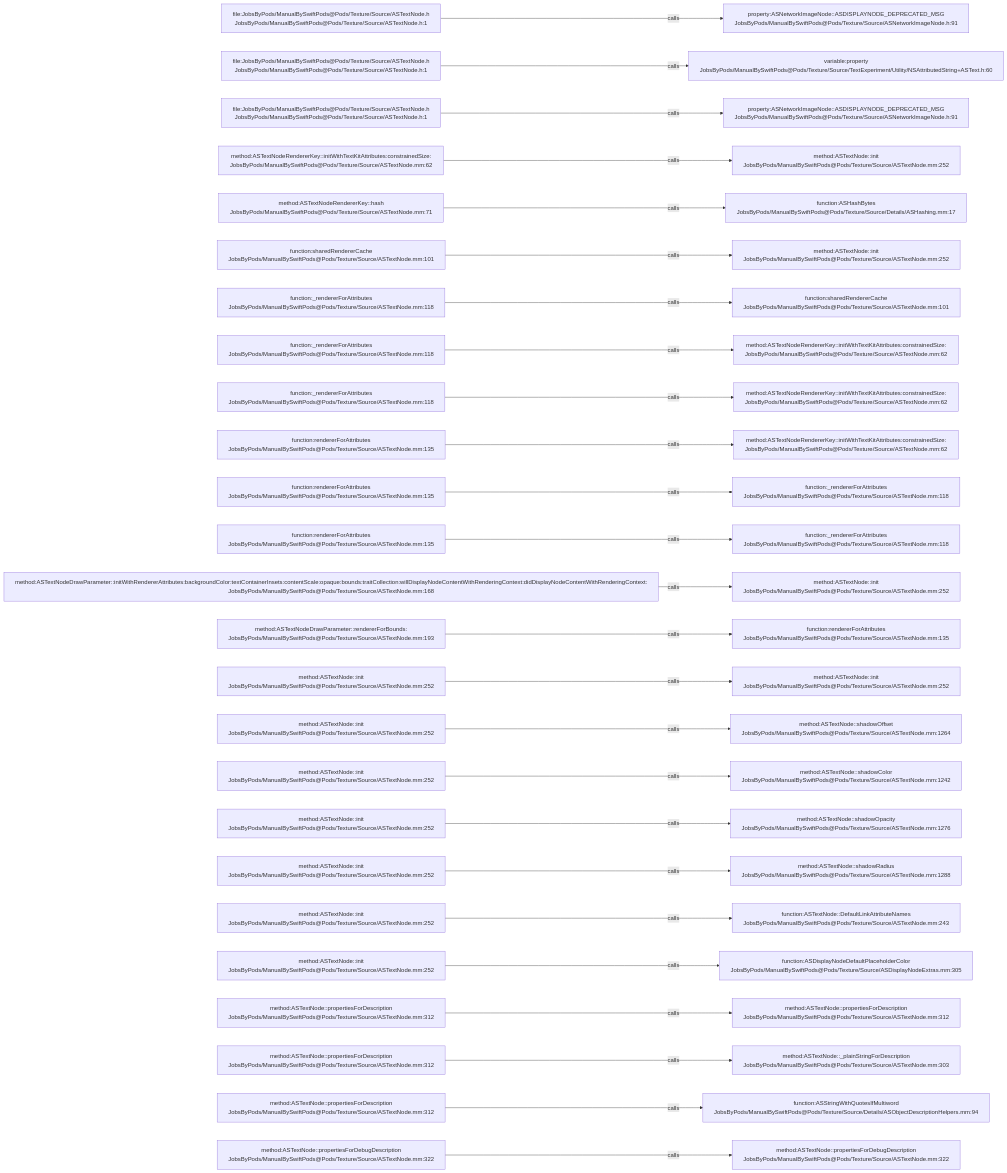
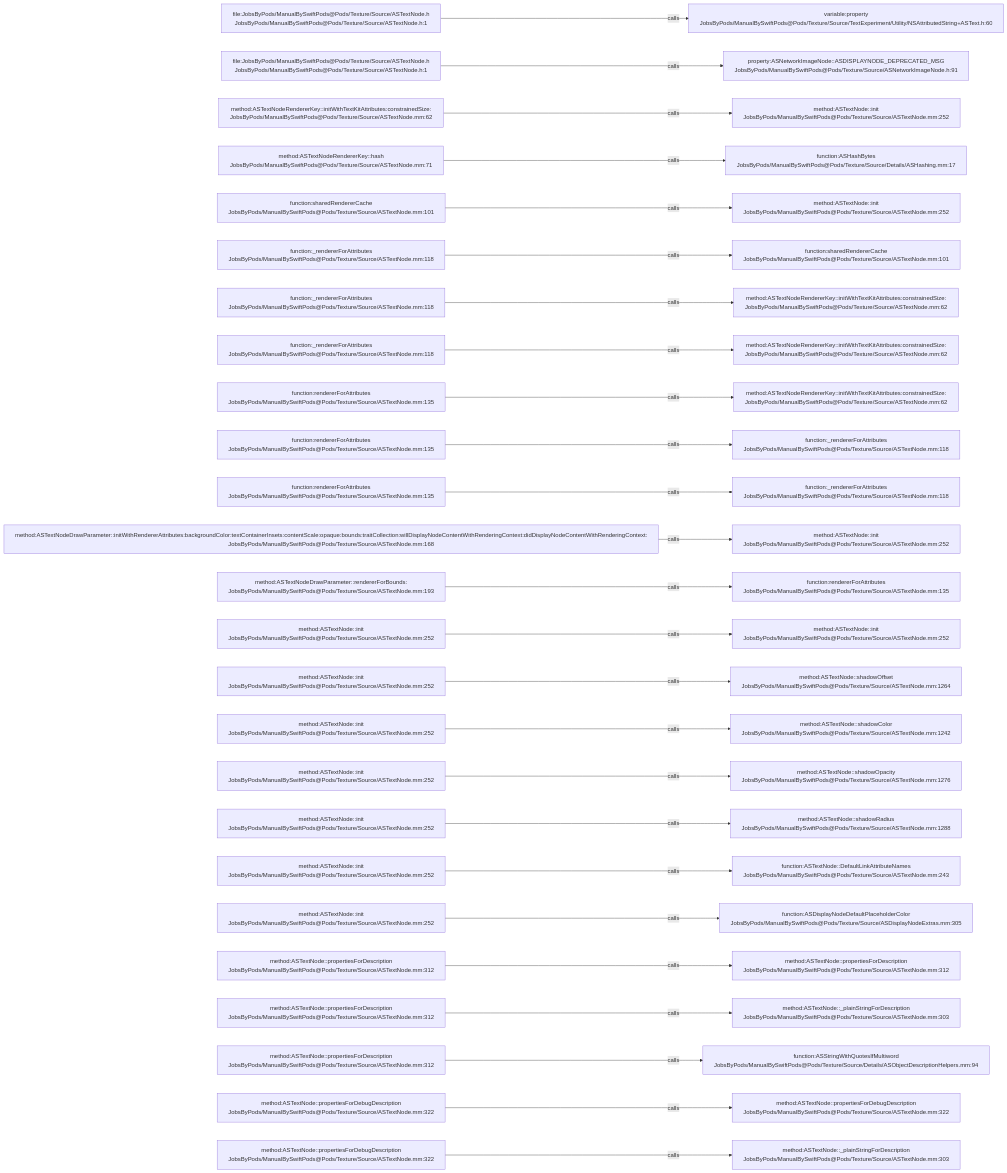
One commit to JobsKits/JobsSwiftBaseConfigDemo changed the diagram in .codegraph/codegraph.md/graphs/calls-065.md. Above: the diagram before and after it, drawn with Mermaid. The commit also changed 747 other files, not shown here.

````diff
--- a/.codegraph/codegraph.md/graphs/calls-065.md
+++ b/.codegraph/codegraph.md/graphs/calls-065.md
@@ -13,78 +13,78 @@
 ```mermaid
 flowchart LR
   S1["file:JobsByPods/ManualBySwiftPods@Pods/Texture/Source/ASTextNode.h<br/>JobsByPods/ManualBySwiftPods@Pods/Texture/Source/ASTextNode.h:1"]
-  T1["property:ASNetworkImageNode::ASDISPLAYNODE_DEPRECATED_MSG<br/>JobsByPods/ManualBySwiftPods@Pods/Texture/Source/ASNetworkImageNode.h:91"]
+  T1["variable:property<br/>JobsByPods/ManualBySwiftPods@Pods/Texture/Source/TextExperiment/Utility/NSAttributedString+ASText.h:60"]
   S1 -->|calls| T1
   S2["file:JobsByPods/ManualBySwiftPods@Pods/Texture/Source/ASTextNode.h<br/>JobsByPods/ManualBySwiftPods@Pods/Texture/Source/ASTextNode.h:1"]
-  T2["variable:property<br/>JobsByPods/ManualBySwiftPods@Pods/Texture/Source/TextExperiment/Utility/NSAttributedString+ASText.h:60"]
+  T2["property:ASNetworkImageNode::ASDISPLAYNODE_DEPRECATED_MSG<br/>JobsByPods/ManualBySwiftPods@Pods/Texture/Source/ASNetworkImageNode.h:91"]
   S2 -->|calls| T2
-  S3["file:JobsByPods/ManualBySwiftPods@Pods/Texture/Source/ASTextNode.h<br/>JobsByPods/ManualBySwiftPods@Pods/Texture/Source/ASTextNode.h:1"]
-  T3["property:ASNetworkImageNode::ASDISPLAYNODE_DEPRECATED_MSG<br/>JobsByPods/ManualBySwiftPods@Pods/Texture/Source/ASNetworkImageNode.h:91"]
+  S3["method:ASTextNodeRendererKey::initWithTextKitAttributes:constrainedSize:<br/>JobsByPods/ManualBySwiftPods@Pods/Texture/Source/ASTextNode.mm:62"]
+  T3["method:ASTextNode::init<br/>JobsByPods/ManualBySwiftPods@Pods/Texture/Source/ASTextNode.mm:252"]
   S3 -->|calls| T3
-  S4["method:ASTextNodeRendererKey::initWithTextKitAttributes:constrainedSize:<br/>JobsByPods/ManualBySwiftPods@Pods/Texture/Source/ASTextNode.mm:62"]
-  T4["method:ASTextNode::init<br/>JobsByPods/ManualBySwiftPods@Pods/Texture/Source/ASTextNode.mm:252"]
+  S4["method:ASTextNodeRendererKey::hash<br/>JobsByPods/ManualBySwiftPods@Pods/Texture/Source/ASTextNode.mm:71"]
+  T4["function:ASHashBytes<br/>JobsByPods/ManualBySwiftPods@Pods/Texture/Source/Details/ASHashing.mm:17"]
   S4 -->|calls| T4
-  S5["method:ASTextNodeRendererKey::hash<br/>JobsByPods/ManualBySwiftPods@Pods/Texture/Source/ASTextNode.mm:71"]
-  T5["function:ASHashBytes<br/>JobsByPods/ManualBySwiftPods@Pods/Texture/Source/Details/ASHashing.mm:17"]
+  S5["function:sharedRendererCache<br/>JobsByPods/ManualBySwiftPods@Pods/Texture/Source/ASTextNode.mm:101"]
+  T5["method:ASTextNode::init<br/>JobsByPods/ManualBySwiftPods@Pods/Texture/Source/ASTextNode.mm:252"]
   S5 -->|calls| T5
-  S6["function:sharedRendererCache<br/>JobsByPods/ManualBySwiftPods@Pods/Texture/Source/ASTextNode.mm:101"]
-  T6["method:ASTextNode::init<br/>JobsByPods/ManualBySwiftPods@Pods/Texture/Source/ASTextNode.mm:252"]
+  S6["function:_rendererForAttributes<br/>JobsByPods/ManualBySwiftPods@Pods/Texture/Source/ASTextNode.mm:118"]
+  T6["function:sharedRendererCache<br/>JobsByPods/ManualBySwiftPods@Pods/Texture/Source/ASTextNode.mm:101"]
   S6 -->|calls| T6
   S7["function:_rendererForAttributes<br/>JobsByPods/ManualBySwiftPods@Pods/Texture/Source/ASTextNode.mm:118"]
-  T7["function:sharedRendererCache<br/>JobsByPods/ManualBySwiftPods@Pods/Texture/Source/ASTextNode.mm:101"]
+  T7["method:ASTextNodeRendererKey::initWithTextKitAttributes:constrainedSize:<br/>JobsByPods/ManualBySwiftPods@Pods/Texture/Source/ASTextNode.mm:62"]
   S7 -->|calls| T7
   S8["function:_rendererForAttributes<br/>JobsByPods/ManualBySwiftPods@Pods/Texture/Source/ASTextNode.mm:118"]
   T8["method:ASTextNodeRendererKey::initWithTextKitAttributes:constrainedSize:<br/>JobsByPods/ManualBySwiftPods@Pods/Texture/Source/ASTextNode.mm:62"]
   S8 -->|calls| T8
-  S9["function:_rendererForAttributes<br/>JobsByPods/ManualBySwiftPods@Pods/Texture/Source/ASTextNode.mm:118"]
+  S9["function:rendererForAttributes<br/>JobsByPods/ManualBySwiftPods@Pods/Texture/Source/ASTextNode.mm:135"]
   T9["method:ASTextNodeRendererKey::initWithTextKitAttributes:constrainedSize:<br/>JobsByPods/ManualBySwiftPods@Pods/Texture/Source/ASTextNode.mm:62"]
   S9 -->|calls| T9
   S10["function:rendererForAttributes<br/>JobsByPods/ManualBySwiftPods@Pods/Texture/Source/ASTextNode.mm:135"]
-  T10["method:ASTextNodeRendererKey::initWithTextKitAttributes:constrainedSize:<br/>JobsByPods/ManualBySwiftPods@Pods/Texture/Source/ASTextNode.mm:62"]
+  T10["function:_rendererForAttributes<br/>JobsByPods/ManualBySwiftPods@Pods/Texture/Source/ASTextNode.mm:118"]
   S10 -->|calls| T10
   S11["function:rendererForAttributes<br/>JobsByPods/ManualBySwiftPods@Pods/Texture/Source/ASTextNode.mm:135"]
   T11["function:_rendererForAttributes<br/>JobsByPods/ManualBySwiftPods@Pods/Texture/Source/ASTextNode.mm:118"]
   S11 -->|calls| T11
-  S12["function:rendererForAttributes<br/>JobsByPods/ManualBySwiftPods@Pods/Texture/Source/ASTextNode.mm:135"]
-  T12["function:_rendererForAttributes<br/>JobsByPods/ManualBySwiftPods@Pods/Texture/Source/ASTextNode.mm:118"]
+  S12["method:ASTextNodeDrawParameter::initWithRendererAttributes:backgroundColor:textContainerInsets:contentScale:opaque:bounds:traitCollection:willDisplayNodeContentWithRenderingContext:didDisplayNodeContentWithRenderingContext:<br/>JobsByPods/ManualBySwiftPods@Pods/Texture/Source/ASTextNode.mm:168"]
+  T12["method:ASTextNode::init<br/>JobsByPods/ManualBySwiftPods@Pods/Texture/Source/ASTextNode.mm:252"]
   S12 -->|calls| T12
-  S13["method:ASTextNodeDrawParameter::initWithRendererAttributes:backgroundColor:textContainerInsets:contentScale:opaque:bounds:traitCollection:willDisplayNodeContentWithRenderingContext:didDisplayNodeContentWithRenderingContext:<br/>JobsByPods/ManualBySwiftPods@Pods/Texture/Source/ASTextNode.mm:168"]
-  T13["method:ASTextNode::init<br/>JobsByPods/ManualBySwiftPods@Pods/Texture/Source/ASTextNode.mm:252"]
+  S13["method:ASTextNodeDrawParameter::rendererForBounds:<br/>JobsByPods/ManualBySwiftPods@Pods/Texture/Source/ASTextNode.mm:193"]
+  T13["function:rendererForAttributes<br/>JobsByPods/ManualBySwiftPods@Pods/Texture/Source/ASTextNode.mm:135"]
   S13 -->|calls| T13
-  S14["method:ASTextNodeDrawParameter::rendererForBounds:<br/>JobsByPods/ManualBySwiftPods@Pods/Texture/Source/ASTextNode.mm:193"]
-  T14["function:rendererForAttributes<br/>JobsByPods/ManualBySwiftPods@Pods/Texture/Source/ASTextNode.mm:135"]
+  S14["method:ASTextNode::init<br/>JobsByPods/ManualBySwiftPods@Pods/Texture/Source/ASTextNode.mm:252"]
+  T14["method:ASTextNode::init<br/>JobsByPods/ManualBySwiftPods@Pods/Texture/Source/ASTextNode.mm:252"]
   S14 -->|calls| T14
   S15["method:ASTextNode::init<br/>JobsByPods/ManualBySwiftPods@Pods/Texture/Source/ASTextNode.mm:252"]
-  T15["method:ASTextNode::init<br/>JobsByPods/ManualBySwiftPods@Pods/Texture/Source/ASTextNode.mm:252"]
+  T15["method:ASTextNode::shadowOffset<br/>JobsByPods/ManualBySwiftPods@Pods/Texture/Source/ASTextNode.mm:1264"]
   S15 -->|calls| T15
   S16["method:ASTextNode::init<br/>JobsByPods/ManualBySwiftPods@Pods/Texture/Source/ASTextNode.mm:252"]
-  T16["method:ASTextNode::shadowOffset<br/>JobsByPods/ManualBySwiftPods@Pods/Texture/Source/ASTextNode.mm:1264"]
+  T16["method:ASTextNode::shadowColor<br/>JobsByPods/ManualBySwiftPods@Pods/Texture/Source/ASTextNode.mm:1242"]
   S16 -->|calls| T16
   S17["method:ASTextNode::init<br/>JobsByPods/ManualBySwiftPods@Pods/Texture/Source/ASTextNode.mm:252"]
-  T17["method:ASTextNode::shadowColor<br/>JobsByPods/ManualBySwiftPods@Pods/Texture/Source/ASTextNode.mm:1242"]
+  T17["method:ASTextNode::shadowOpacity<br/>JobsByPods/ManualBySwiftPods@Pods/Texture/Source/ASTextNode.mm:1276"]
   S17 -->|calls| T17
   S18["method:ASTextNode::init<br/>JobsByPods/ManualBySwiftPods@Pods/Texture/Source/ASTextNode.mm:252"]
-  T18["method:ASTextNode::shadowOpacity<br/>JobsByPods/ManualBySwiftPods@Pods/Texture/Source/ASTextNode.mm:1276"]
+  T18["method:ASTextNode::shadowRadius<br/>JobsByPods/ManualBySwiftPods@Pods/Texture/Source/ASTextNode.mm:1288"]
   S18 -->|calls| T18
   S19["method:ASTextNode::init<br/>JobsByPods/ManualBySwiftPods@Pods/Texture/Source/ASTextNode.mm:252"]
-  T19["method:ASTextNode::shadowRadius<br/>JobsByPods/ManualBySwiftPods@Pods/Texture/Source/ASTextNode.mm:1288"]
+  T19["function:ASTextNode::DefaultLinkAttributeNames<br/>JobsByPods/ManualBySwiftPods@Pods/Texture/Source/ASTextNode.mm:243"]
   S19 -->|calls| T19
   S20["method:ASTextNode::init<br/>JobsByPods/ManualBySwiftPods@Pods/Texture/Source/ASTextNode.mm:252"]
-  T20["function:ASTextNode::DefaultLinkAttributeNames<br/>JobsByPods/ManualBySwiftPods@Pods/Texture/Source/ASTextNode.mm:243"]
+  T20["function:ASDisplayNodeDefaultPlaceholderColor<br/>JobsByPods/ManualBySwiftPods@Pods/Texture/Source/ASDisplayNodeExtras.mm:305"]
   S20 -->|calls| T20
-  S21["method:ASTextNode::init<br/>JobsByPods/ManualBySwiftPods@Pods/Texture/Source/ASTextNode.mm:252"]
-  T21["function:ASDisplayNodeDefaultPlaceholderColor<br/>JobsByPods/ManualBySwiftPods@Pods/Texture/Source/ASDisplayNodeExtras.mm:305"]
+  S21["method:ASTextNode::propertiesForDescription<br/>JobsByPods/ManualBySwiftPods@Pods/Texture/Source/ASTextNode.mm:312"]
+  T21["method:ASTextNode::propertiesForDescription<br/>JobsByPods/ManualBySwiftPods@Pods/Texture/Source/ASTextNode.mm:312"]
   S21 -->|calls| T21
   S22["method:ASTextNode::propertiesForDescription<br/>JobsByPods/ManualBySwiftPods@Pods/Texture/Source/ASTextNode.mm:312"]
-  T22["method:ASTextNode::propertiesForDescription<br/>JobsByPods/ManualBySwiftPods@Pods/Texture/Source/ASTextNode.mm:312"]
+  T22["method:ASTextNode::_plainStringForDescription<br/>JobsByPods/ManualBySwiftPods@Pods/Texture/Source/ASTextNode.mm:303"]
   S22 -->|calls| T22
   S23["method:ASTextNode::propertiesForDescription<br/>JobsByPods/ManualBySwiftPods@Pods/Texture/Source/ASTextNode.mm:312"]
-  T23["method:ASTextNode::_plainStringForDescription<br/>JobsByPods/ManualBySwiftPods@Pods/Texture/Source/ASTextNode.mm:303"]
+  T23["function:ASStringWithQuotesIfMultiword<br/>JobsByPods/ManualBySwiftPods@Pods/Texture/Source/Details/ASObjectDescriptionHelpers.mm:94"]
   S23 -->|calls| T23
-  S24["method:ASTextNode::propertiesForDescription<br/>JobsByPods/ManualBySwiftPods@Pods/Texture/Source/ASTextNode.mm:312"]
-  T24["function:ASStringWithQuotesIfMultiword<br/>JobsByPods/ManualBySwiftPods@Pods/Texture/Source/Details/ASObjectDescriptionHelpers.mm:94"]
+  S24["method:ASTextNode::propertiesForDebugDescription<br/>JobsByPods/ManualBySwiftPods@Pods/Texture/Source/ASTextNode.mm:322"]
+  T24["method:ASTextNode::propertiesForDebugDescription<br/>JobsByPods/ManualBySwiftPods@Pods/Texture/Source/ASTextNode.mm:322"]
   S24 -->|calls| T24
   S25["method:ASTextNode::propertiesForDebugDescription<br/>JobsByPods/ManualBySwiftPods@Pods/Texture/Source/ASTextNode.mm:322"]
-  T25["method:ASTextNode::propertiesForDebugDescription<br/>JobsByPods/ManualBySwiftPods@Pods/Texture/Source/ASTextNode.mm:322"]
+  T25["method:ASTextNode::_plainStringForDescription<br/>JobsByPods/ManualBySwiftPods@Pods/Texture/Source/ASTextNode.mm:303"]
   S25 -->|calls| T25
 ```
````
